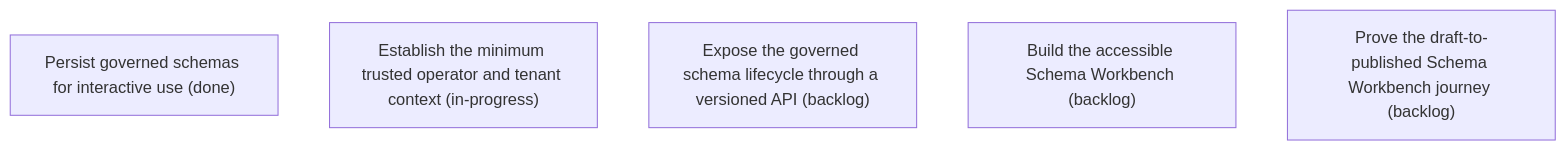
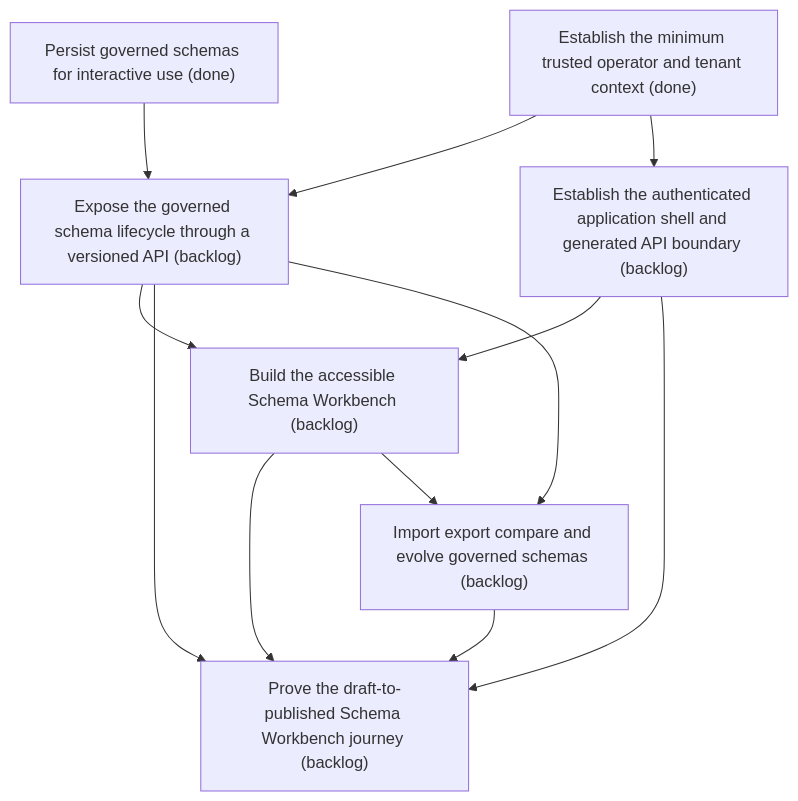
Before and after one commit to asadayoub/Evidentia: the diagram in .skyhook/plan/epics/37GEDS1AHPKD75TVFA4TGN1VD4.md, drawn with Mermaid. The commit also changed other lines of this file and 50 other files, not shown here.

Commit message:
chore(skyhook): establish full product story roadmap

````diff
--- a/.skyhook/plan/epics/37GEDS1AHPKD75TVFA4TGN1VD4.md
+++ b/.skyhook/plan/epics/37GEDS1AHPKD75TVFA4TGN1VD4.md
@@ -24,8 +26,21 @@
 ```mermaid
 flowchart TD
     0VJ9SHA39TA291D8QXB0TQS3HQ["Persist governed schemas for interactive use (done)"]
-    N1ZNPJWFZYPV0MVB8FP137GRJP["Establish the minimum trusted operator and tenant context (in-progress)"]
+    N1ZNPJWFZYPV0MVB8FP137GRJP["Establish the minimum trusted operator and tenant context (done)"]
     X51S43NTMRW5ASYSKJBF7FW845["Expose the governed schema lifecycle through a versioned API (backlog)"]
+    0VJ9SHA39TA291D8QXB0TQS3HQ --> X51S43NTMRW5ASYSKJBF7FW845
+    N1ZNPJWFZYPV0MVB8FP137GRJP --> X51S43NTMRW5ASYSKJBF7FW845
     H98W5WTJBWT8EY0Q10P3KPCEEB["Build the accessible Schema Workbench (backlog)"]
+    STORY-017 --> H98W5WTJBWT8EY0Q10P3KPCEEB
+    X51S43NTMRW5ASYSKJBF7FW845 --> H98W5WTJBWT8EY0Q10P3KPCEEB
     265YM4FNANJAH2J338BKAWFXDM["Prove the draft-to-published Schema Workbench journey (backlog)"]
+    STORY-017 --> 265YM4FNANJAH2J338BKAWFXDM
+    X51S43NTMRW5ASYSKJBF7FW845 --> 265YM4FNANJAH2J338BKAWFXDM
+    H98W5WTJBWT8EY0Q10P3KPCEEB --> 265YM4FNANJAH2J338BKAWFXDM
+    STORY-018 --> 265YM4FNANJAH2J338BKAWFXDM
+    STORY-017["Establish the authenticated application shell and generated API boundary (backlog)"]
+    N1ZNPJWFZYPV0MVB8FP137GRJP --> STORY-017
+    STORY-018["Import export compare and evolve governed schemas (backlog)"]
+    X51S43NTMRW5ASYSKJBF7FW845 --> STORY-018
+    H98W5WTJBWT8EY0Q10P3KPCEEB --> STORY-018
 ```
````
